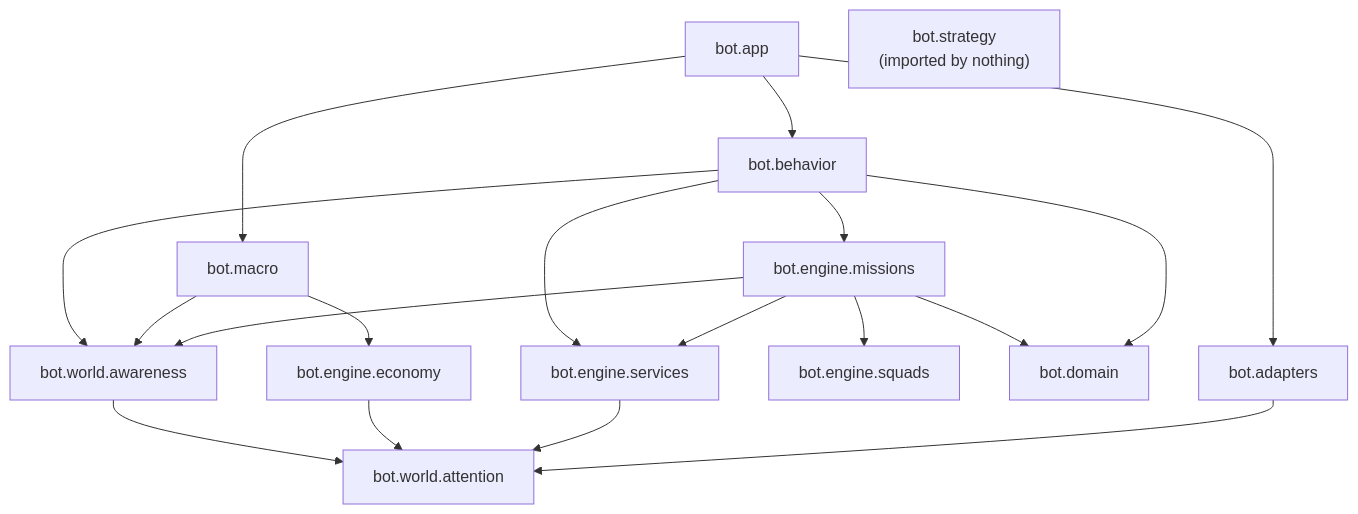
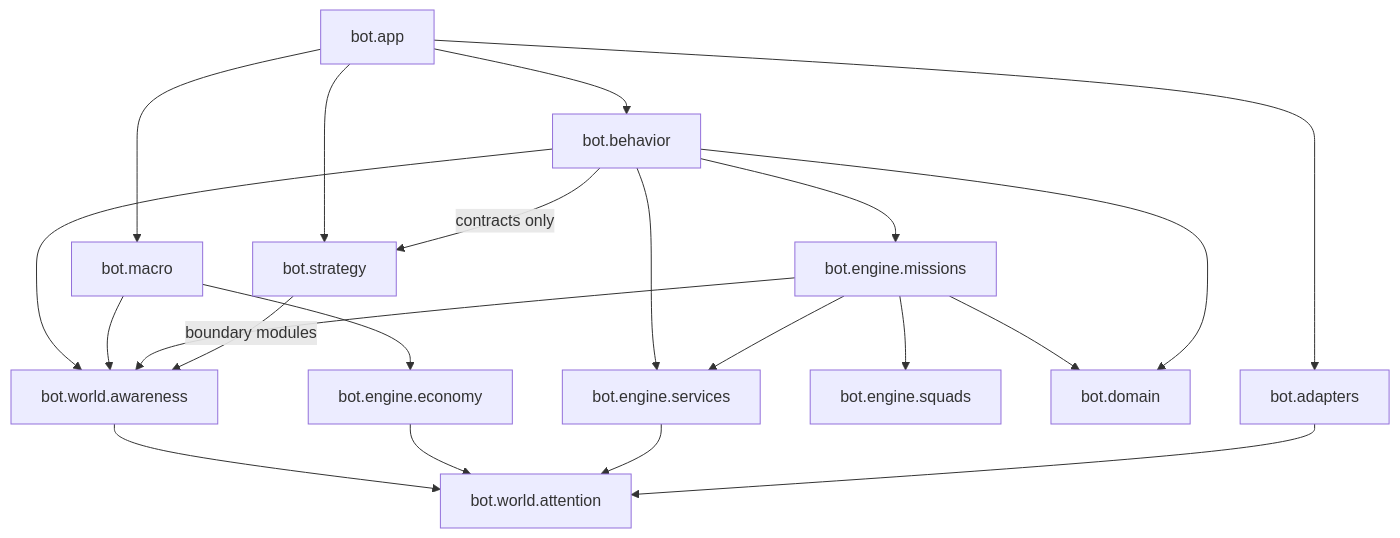
One commit to LeonardoSilvestrin/sc2bot changed the diagram in docs/contracts.md. Above: the diagram before and after it, drawn with Mermaid. The commit also changed other lines of this file and 22 other files, not shown here.

````diff
--- a/docs/contracts.md
+++ b/docs/contracts.md
@@ -29,21 +34,23 @@
 ```mermaid
 flowchart TD
     app["bot.app"] --> behavior["bot.behavior"]
     app --> macro["bot.macro"]
     app --> adapters["bot.adapters"]
     behavior --> missions["bot.engine.missions"]
     behavior --> services["bot.engine.services"]
     macro --> economy["bot.engine.economy"]
     missions --> squads["bot.engine.squads"]
     missions --> services
     missions --> domain["bot.domain"]
     behavior --> domain
     behavior --> awareness["bot.world.awareness"]
     macro --> awareness
     missions --> awareness
     awareness --> attention["bot.world.attention"]
     economy --> attention
     services --> attention
     adapters --> attention
-    strategy["bot.strategy<br/>(imported by nothing)"]
+    app --> strategy["bot.strategy"]
+    behavior -->|contracts only| strategy
+    strategy -->|boundary modules| awareness
 ```
````
